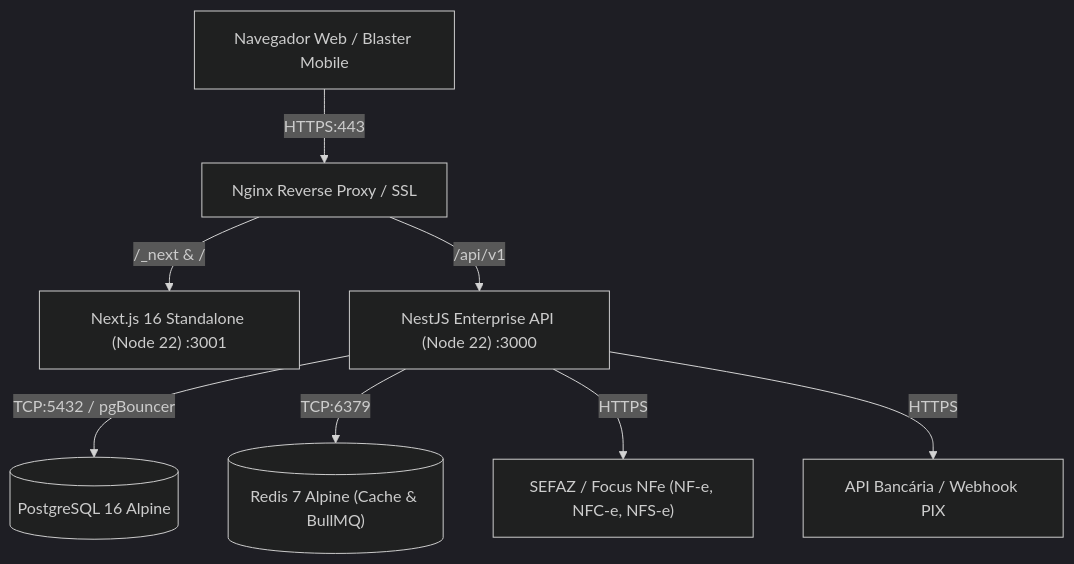
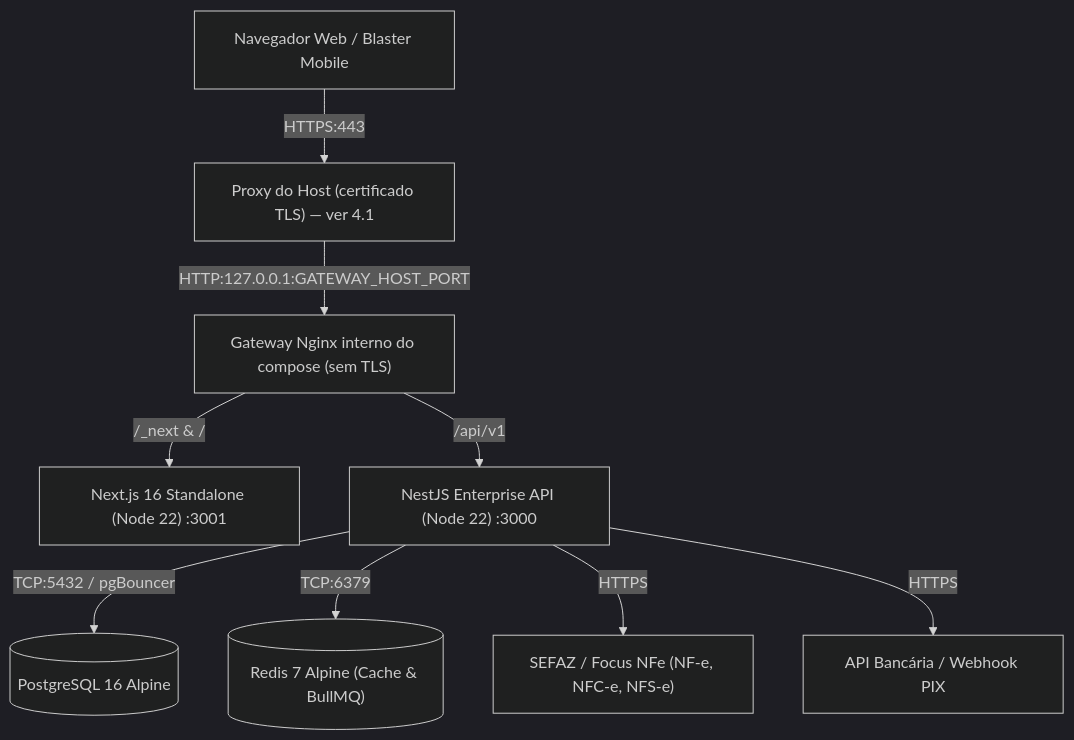
Before and after one commit to raalencar/SisPiro: the diagram in docs/RUNBOOK-IMPLANTACAO-PRODUCAO.md, drawn with Mermaid (dark theme). The commit also changed other lines of this file and 4 other files, not shown here.

First line of the commit message:
fix(deploy): gateway Nginx interno não publica mais 80/443 no host

````diff
--- a/docs/RUNBOOK-IMPLANTACAO-PRODUCAO.md
+++ b/docs/RUNBOOK-IMPLANTACAO-PRODUCAO.md
@@ -11,10 +11,11 @@
 ```mermaid
 graph TD
-    Client["Navegador Web / Blaster Mobile"] -->|HTTPS:443| Nginx["Nginx Reverse Proxy / SSL"]
+    Client["Navegador Web / Blaster Mobile"] -->|HTTPS:443| HostProxy["Proxy do Host (certificado TLS) — ver 4.1"]
+    HostProxy -->|HTTP:127.0.0.1:GATEWAY_HOST_PORT| Nginx["Gateway Nginx interno do compose (sem TLS)"]
     Nginx -->|/_next & /| Frontend["Next.js 16 Standalone (Node 22) :3001"]
     Nginx -->|/api/v1| Backend["NestJS Enterprise API (Node 22) :3000"]
     Backend -->|TCP:5432 / pgBouncer| Postgres[("PostgreSQL 16 Alpine")]
     Backend -->|TCP:6379| Redis[("Redis 7 Alpine (Cache & BullMQ)")]
     Backend -->|HTTPS| SEFAZ["SEFAZ / Focus NFe (NF-e, NFC-e, NFS-e)"]
     Backend -->|HTTPS| Banco["API Bancária / Webhook PIX"]
 ```
````
